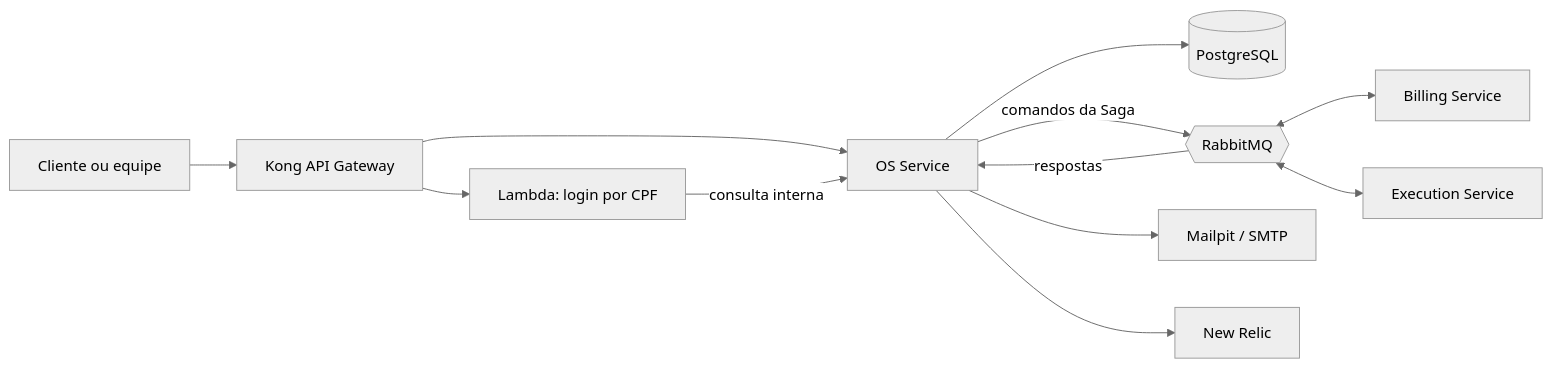
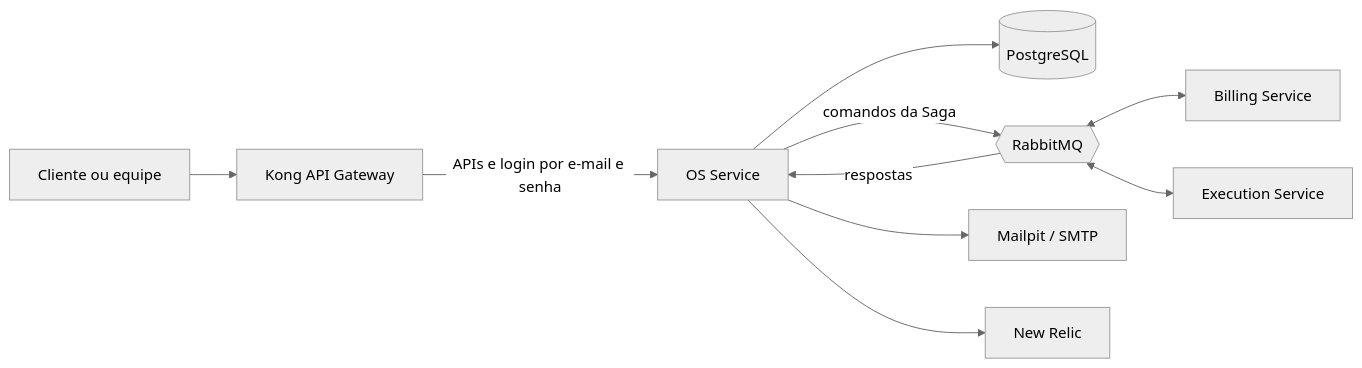
One commit to EddieMarley23/mechanic-shop-os-service changed the diagram in README.md. Above: the diagram before and after it, drawn with Mermaid (neutral theme). The commit also changed other lines of this file and 13 other files, not shown here.

````diff
--- a/README.md
+++ b/README.md
@@ -9,14 +9,12 @@
 ```mermaid
 flowchart LR
   U[Cliente ou equipe] --> K[Kong API Gateway]
-  K --> A[OS Service]
-  K --> L[Lambda: login por CPF]
-  L -->|consulta interna| A
+  K -->|APIs e login por e-mail e senha| A[OS Service]
   A --> D[(PostgreSQL)]
   A -- comandos da Saga --> R{{RabbitMQ}}
   R -- respostas --> A
   R <--> B[Billing Service]
   R <--> E[Execution Service]
   A --> M[Mailpit / SMTP]
   A --> N[New Relic]
 ```
````
